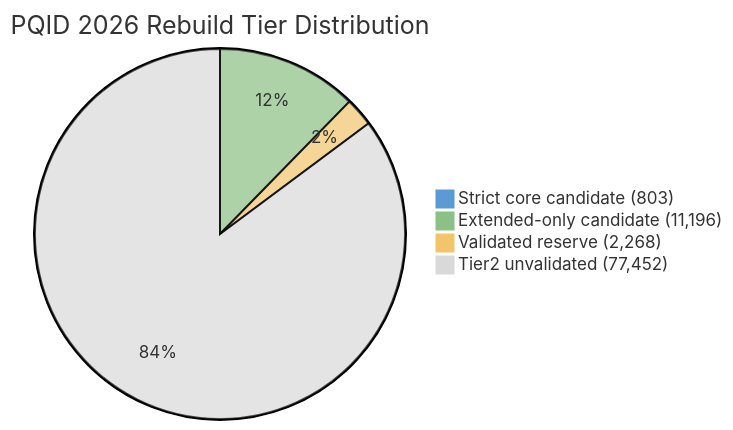
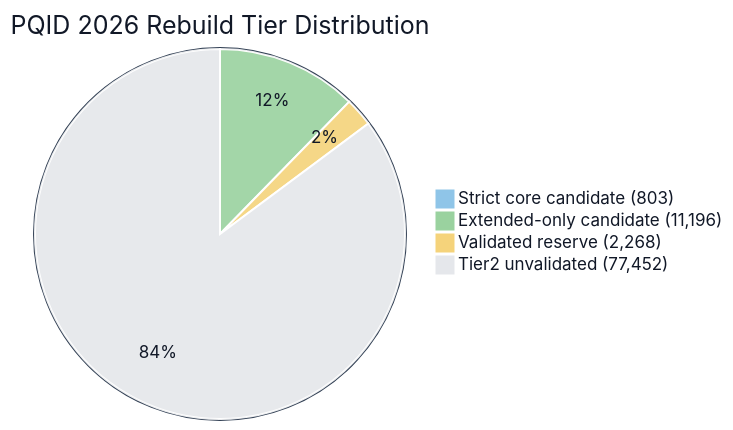
The third of 4 diagrams in README.md (Elias-Abebe-Gasparini/PQID-Dataset), drawn with Mermaid before and after one commit. The commit also changed other lines of this file and 1 other file, not shown here.

````diff
--- a/README.md
+++ b/README.md
@@ -217,8 +218,8 @@
 ```mermaid
-%%{init: {'theme': 'base', 'themeVariables': { 'pie1': '#5b9bd5', 'pie2': '#8cc084', 'pie3': '#f3c56b', 'pie4': '#d9d9d9'}}}%%
+%%{init: {'theme': 'base', 'themeVariables': {'background': '#ffffff', 'mainBkg': '#ffffff', 'textColor': '#111827', 'primaryTextColor': '#111827', 'pieTitleTextColor': '#111827', 'pieSectionTextColor': '#111827', 'pieLegendTextColor': '#111827', 'pieStrokeColor': '#ffffff', 'pieOuterStrokeColor': '#334155', 'pieOpacity': '0.9', 'pie1': '#8fc5e8', 'pie2': '#9ad29f', 'pie3': '#f5d37b', 'pie4': '#e5e7eb', 'fontFamily': 'Arial, sans-serif'}}}%%
 pie title PQID 2026 Rebuild Tier Distribution
     "Strict core candidate (803)" : 803
     "Extended-only candidate (11,196)" : 11196
     "Validated reserve (2,268)" : 2268
     "Tier2 unvalidated (77,452)" : 77452
 ```
````
